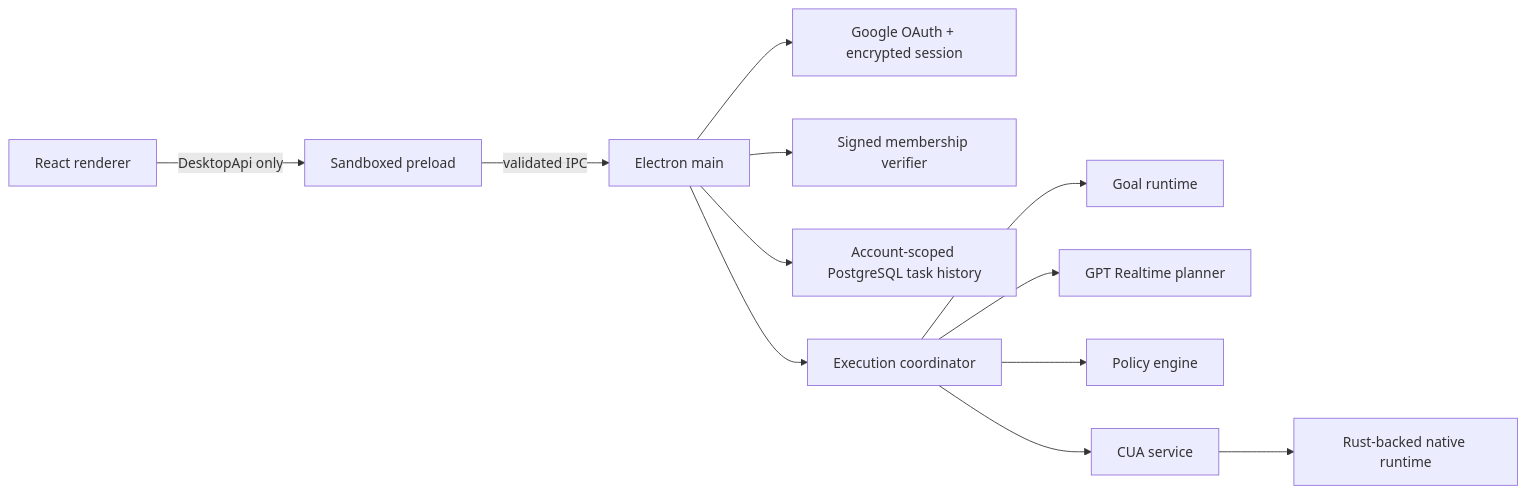
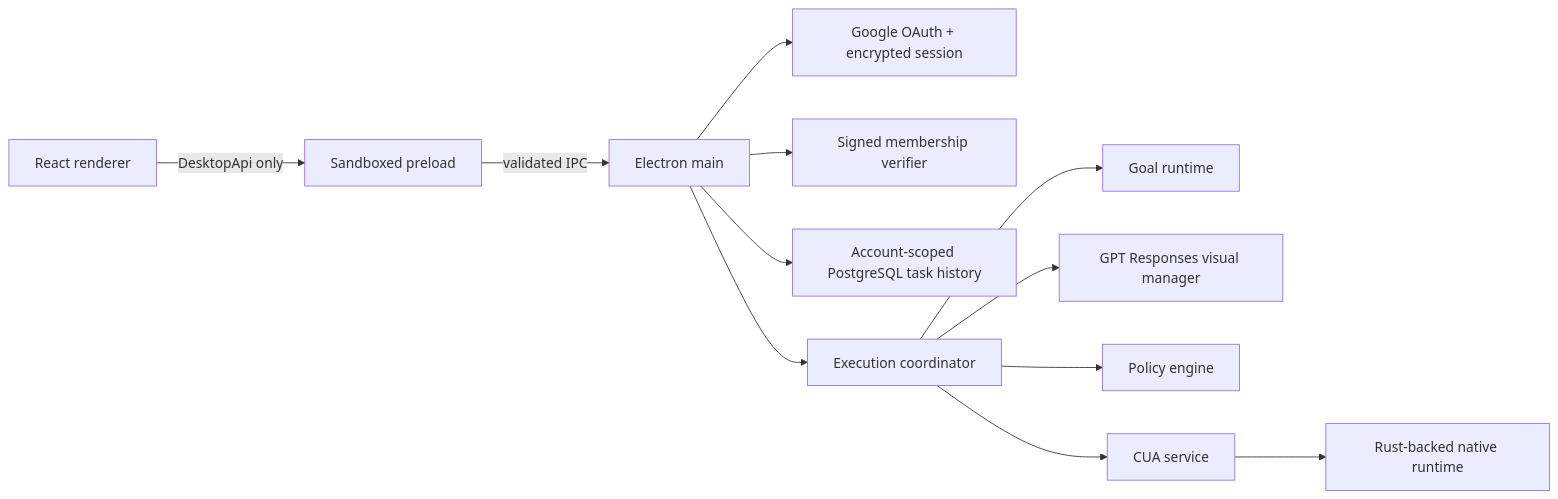
One commit to ducnguyen67201/TroCode changed the diagram in docs/architecture.md. Above: the diagram before and after it, drawn with Mermaid. The commit also changed other lines of this file and 39 other files, not shown here.

````diff
--- a/docs/architecture.md
+++ b/docs/architecture.md
@@ -13,14 +13,14 @@
 ```mermaid
 flowchart LR
     UI["React renderer"] -->|"DesktopApi only"| PRELOAD["Sandboxed preload"]
     PRELOAD -->|"validated IPC"| MAIN["Electron main"]
     MAIN --> AUTH["Google OAuth + encrypted session"]
     MAIN --> MEMBERSHIP["Signed membership verifier"]
     MAIN --> HISTORY["Account-scoped PostgreSQL task history"]
     MAIN --> COORD["Execution coordinator"]
     COORD --> GOAL["Goal runtime"]
-    COORD --> RT["GPT Realtime planner"]
+    COORD --> RT["GPT Responses visual manager"]
     COORD --> POLICY["Policy engine"]
     COORD --> CUA["CUA service"]
     CUA --> NATIVE["Rust-backed native runtime"]
 ```
````
